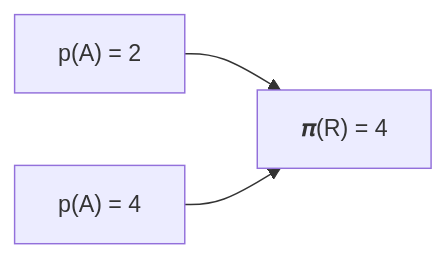
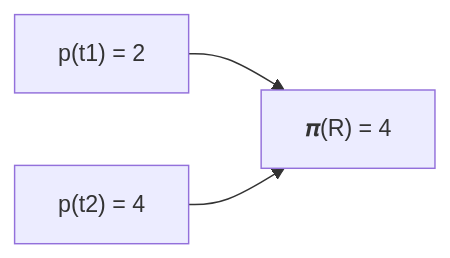
One commit to rtic-rs/rtic changed the diagram in book/en/src/preface.md. Above: the diagram before and after it, drawn with Mermaid. The commit also changed other lines of this file and 3 other files, not shown here.

````diff
--- a/book/en/src/preface.md
+++ b/book/en/src/preface.md
@@ -62,6 +62,6 @@
 ```mermaid
 graph LR
-    A["p(A) = 2"] --> R
-    B["p(A) = 4"] --> R
+    t1["p(t1) = 2"] --> R
+    t2["p(t2) = 4"] --> R
     R["𝝅(R) = 4"]
 ```
````
